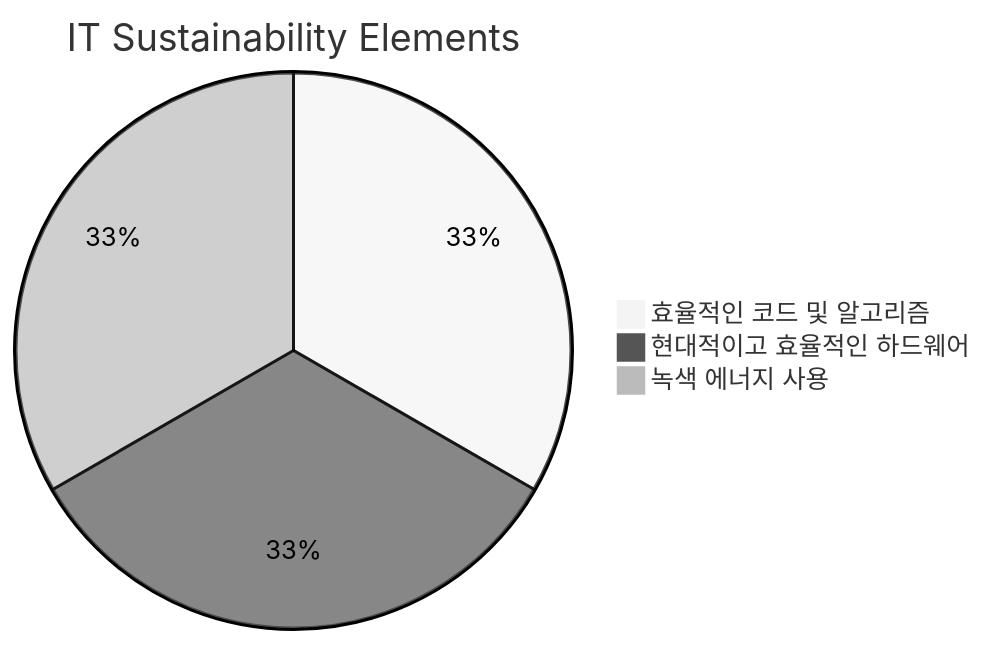
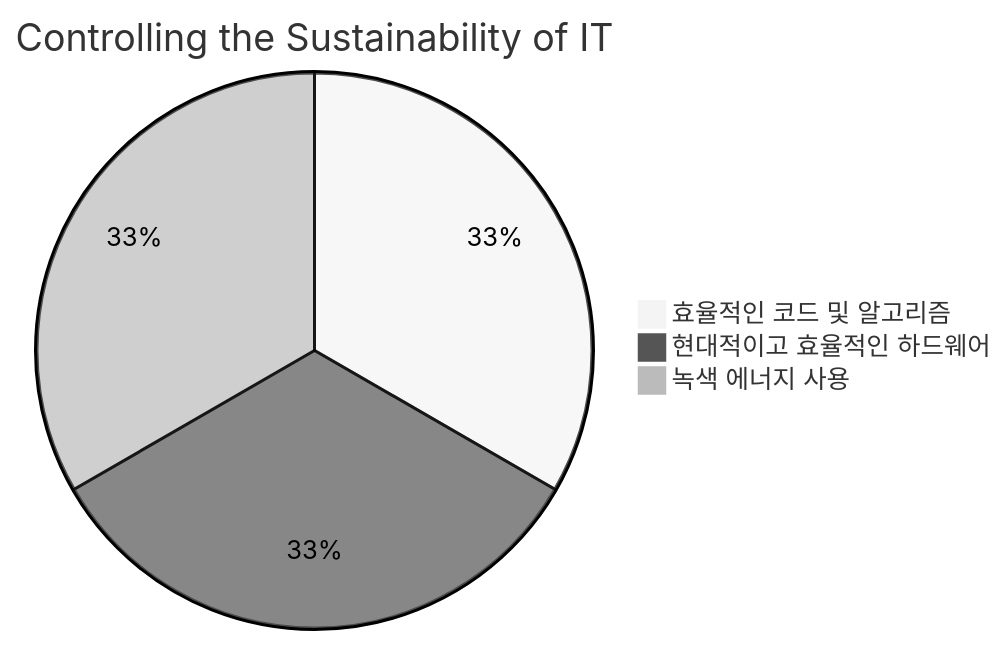
One commit to gracefullight/gracefullight.github.io changed the diagram in blog/pe/conv/energy-efficient-computing.md. Above: the diagram before and after it, drawn with Mermaid (neutral theme).

Commit message:
docs(pe): 📚️ energy efficient computing

````diff
--- a/blog/pe/conv/energy-efficient-computing.md
+++ b/blog/pe/conv/energy-efficient-computing.md
@@ -20,7 +20,7 @@
 ```mermaid
 pie
-  title IT Sustainability Elements
+  title Controlling the Sustainability of IT
   "효율적인 코드 및 알고리즘": 33
   "현대적이고 효율적인 하드웨어": 33
   "녹색 에너지 사용": 33
 ```
````
